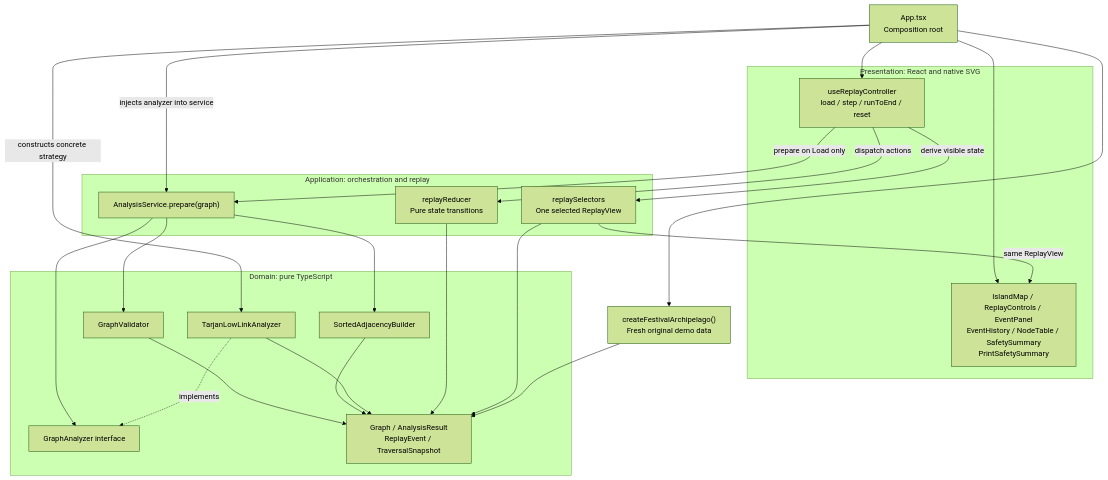
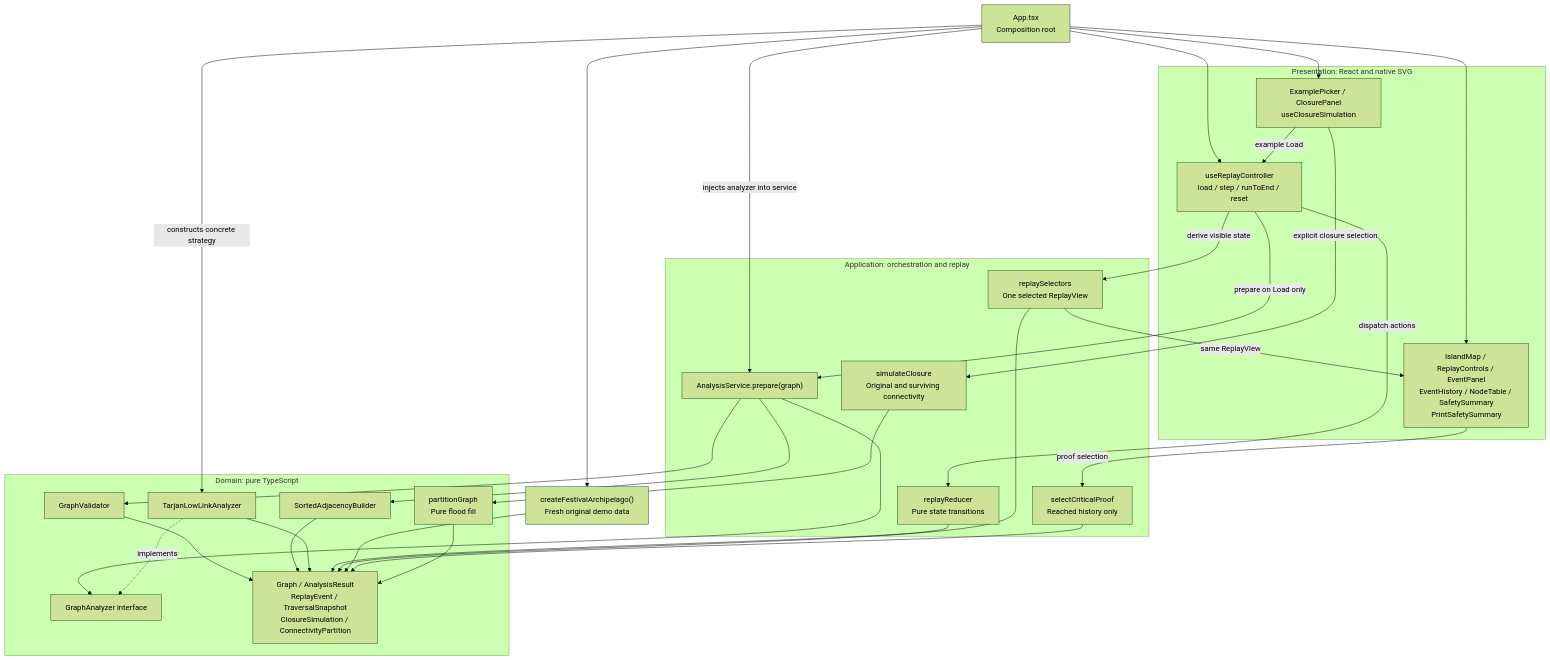
Before and after one commit to sonisiiuu7/treasure-island-map: the diagram in docs/diagrams/architecture.mmd, drawn with Mermaid (forest theme). The commit also changed 45 other files, not shown here.

Commit message:
Add graph exploration, selectable proofs, and CI quality checks

```diff
--- a/docs/diagrams/architecture.mmd
+++ b/docs/diagrams/architecture.mmd
@@ -1,43 +1,54 @@
 flowchart TB
     App["App.tsx<br/>Composition root"]
 
     subgraph Presentation["Presentation: React and native SVG"]
         Controller["useReplayController<br/>load / step / runToEnd / reset"]
+        Explore["ExamplePicker / ClosurePanel<br/>useClosureSimulation"]
         Panels["IslandMap / ReplayControls / EventPanel<br/>EventHistory / NodeTable / SafetySummary<br/>PrintSafetySummary"]
     end
 
     subgraph Application["Application: orchestration and replay"]
         Service["AnalysisService.prepare(graph)"]
         Reducer["replayReducer<br/>Pure state transitions"]
         Selectors["replaySelectors<br/>One selected ReplayView"]
+        Simulation["simulateClosure<br/>Original and surviving connectivity"]
+        Proofs["selectCriticalProof<br/>Reached history only"]
     end
 
     subgraph Domain["Domain: pure TypeScript"]
         Validate["GraphValidator"]
         Build["SortedAdjacencyBuilder"]
         Contract["GraphAnalyzer interface"]
         Tarjan["TarjanLowLinkAnalyzer"]
-        Models["Graph / AnalysisResult<br/>ReplayEvent / TraversalSnapshot"]
+        Partition["partitionGraph<br/>Pure flood fill"]
+        Models["Graph / AnalysisResult<br/>ReplayEvent / TraversalSnapshot<br/>ClosureSimulation / ConnectivityPartition"]
     end
 
     Factory["createFestivalArchipelago()<br/>Fresh original demo data"]
 
     App --> Controller
     App --> Panels
     App --> Factory
     App -->|"injects analyzer into service"| Service
     App -->|"constructs concrete strategy"| Tarjan
     Controller -->|"prepare on Load only"| Service
     Controller -->|"dispatch actions"| Reducer
     Controller -->|"derive visible state"| Selectors
     Selectors -->|"same ReplayView"| Panels
     Service --> Validate
     Service --> Build
     Service --> Contract
     Tarjan -.->|"implements"| Contract
     Validate --> Models
     Build --> Models
     Tarjan --> Models
     Reducer --> Models
     Selectors --> Models
     Factory --> Models
+    App --> Explore
+    Explore -->|"example Load"| Controller
+    Explore -->|"explicit closure selection"| Simulation
+    Simulation --> Partition
+    Panels -->|"proof selection"| Proofs
+    Proofs --> Models
+    Partition --> Models
```
